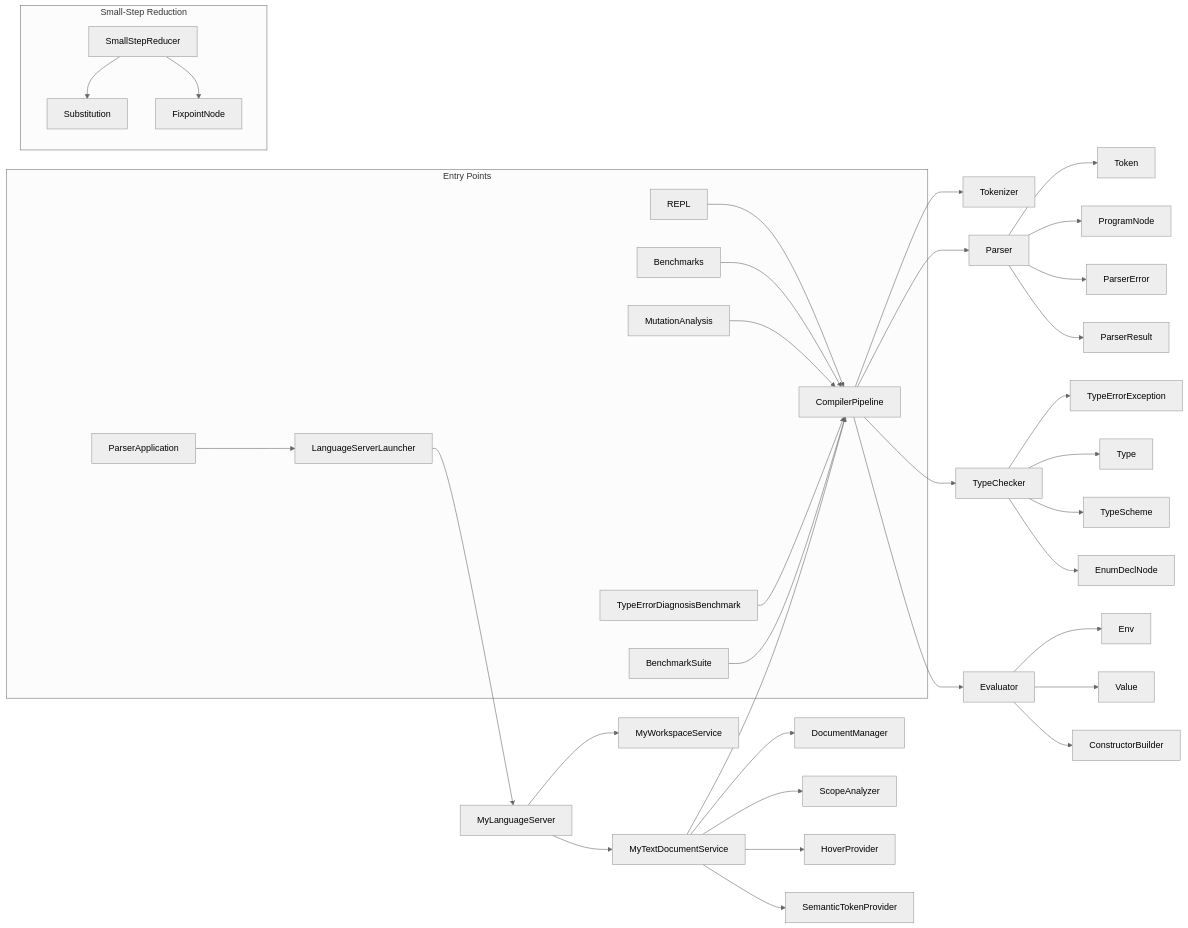
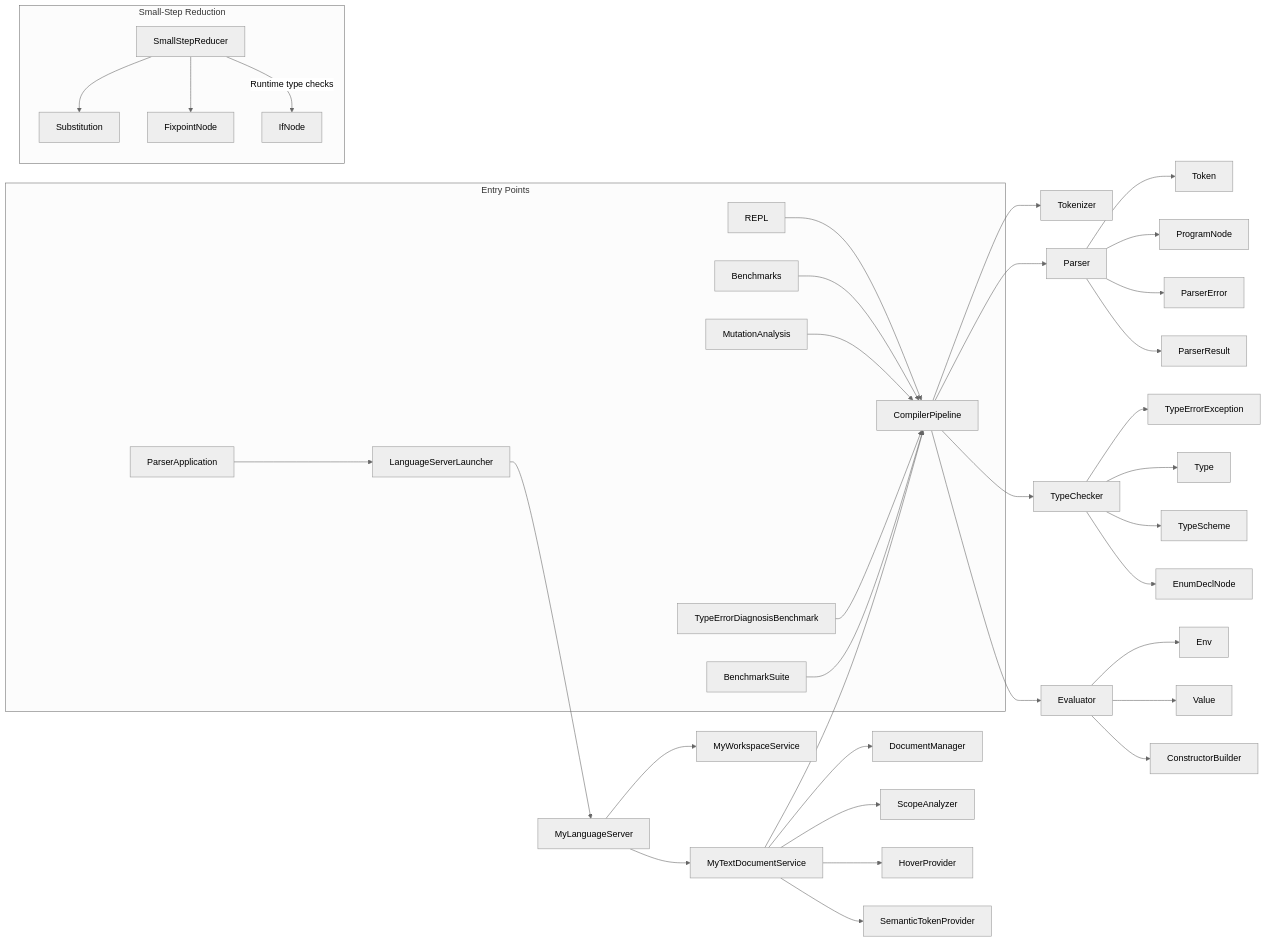
One commit to vhgevorgyan/scala-parser changed the third of 3 diagrams in docs/architecture.md. Above: the diagram before and after it, drawn with Mermaid (neutral theme). The commit also changed other lines of this file and 2 other files, not shown here.

First line of the commit message:
docs: update benchmarks, architecture, projektuebersicht for PBT generators + LSP fixes

````diff
--- a/docs/architecture.md
+++ b/docs/architecture.md
@@ -130,44 +130,45 @@
 ```mermaid
 flowchart LR
     subgraph MAIN["Entry Points"]
         ParserApplication --> LanguageServerLauncher
         REPL --> CompilerPipeline
         Benchmarks --> CompilerPipeline
         MutationAnalysis --> CompilerPipeline
         TypeErrorDiagnosisBenchmark --> CompilerPipeline
         BenchmarkSuite --> CompilerPipeline
     end
 
     LanguageServerLauncher --> MyLanguageServer
     MyLanguageServer --> MyTextDocumentService
     MyLanguageServer --> MyWorkspaceService
     MyTextDocumentService --> DocumentManager
     MyTextDocumentService --> CompilerPipeline
     MyTextDocumentService --> ScopeAnalyzer
     MyTextDocumentService --> HoverProvider
     MyTextDocumentService --> SemanticTokenProvider
 
     CompilerPipeline --> Tokenizer
     CompilerPipeline --> Parser
     CompilerPipeline --> TypeChecker
     CompilerPipeline --> Evaluator
 
     TypeChecker --> TypeErrorException
     TypeChecker --> Type
     TypeChecker --> TypeScheme
     TypeChecker --> EnumDeclNode
 
     Evaluator --> Env
     Evaluator --> Value
     Evaluator --> ConstructorBuilder
 
     Parser --> Token
     Parser --> ProgramNode
     Parser --> ParserError
     Parser --> ParserResult
 
     subgraph REDUCTION["Small-Step Reduction"]
         SR[SmallStepReducer] --> Substitution
         SR --> FixpointNode
+        SR -->|Runtime type checks| IfNode
     end
 ```
````
